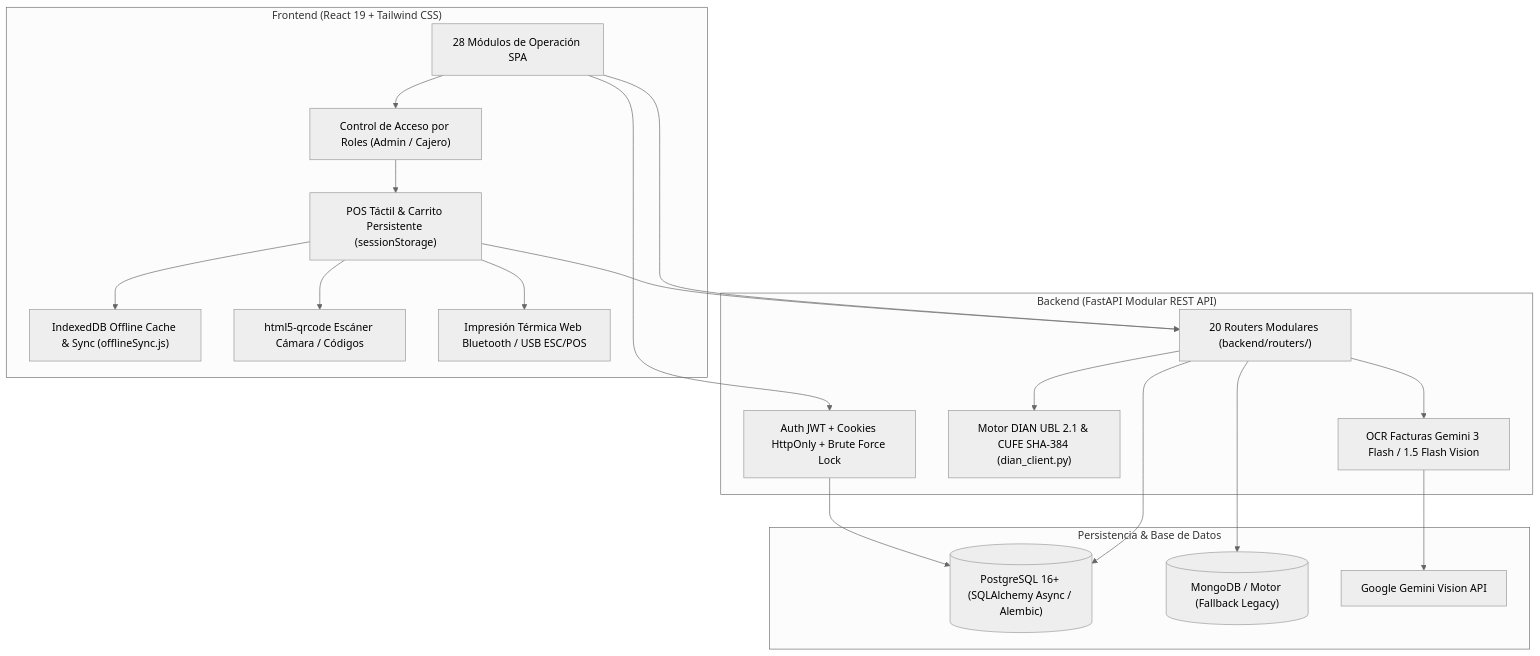
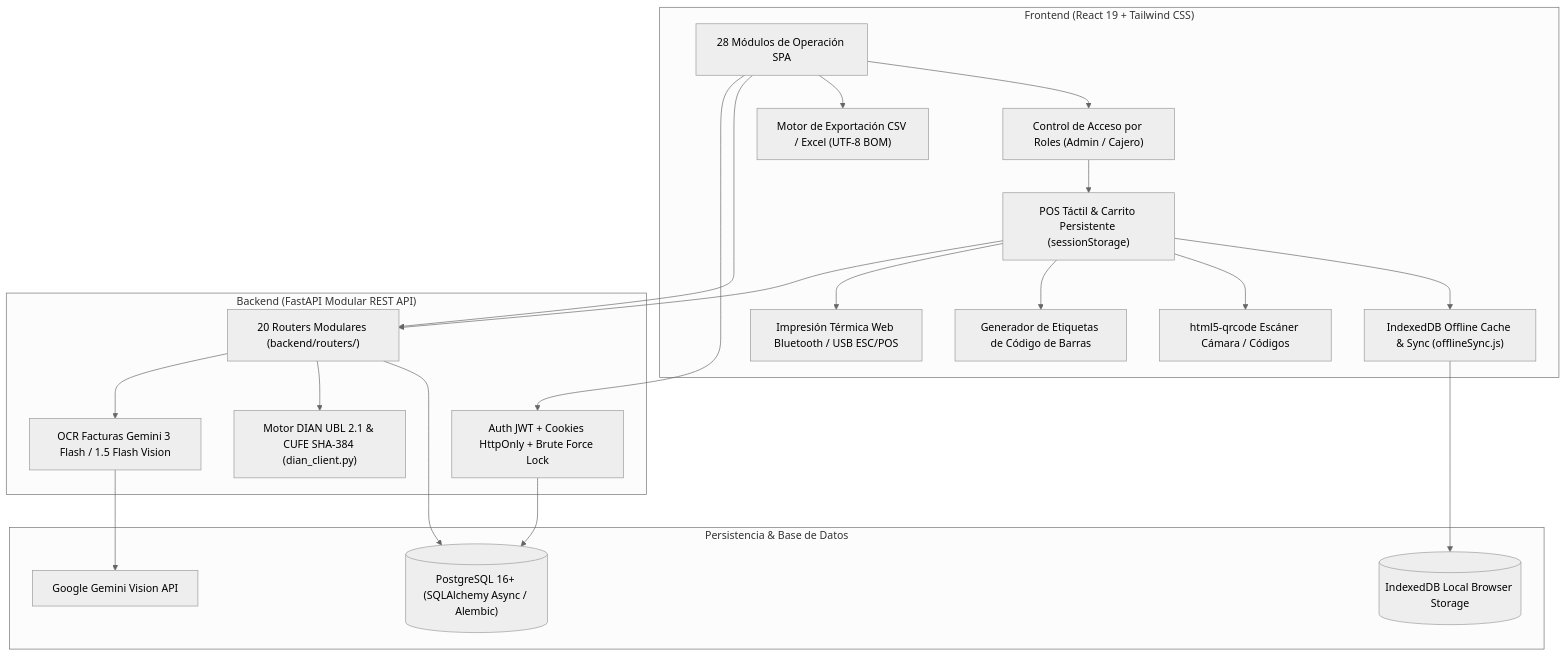
One commit to camilolealdev/Jrpos changed the diagram in docs/ARCHITECTURE.md. Above: the diagram before and after it, drawn with Mermaid (neutral theme). The commit also changed other lines of this file and 1 other file, not shown here.

Commit message:
docs: update system architecture and README with v11.3 offline-first, barcode label generator, analytics and ergonomics specifications

````diff
--- a/docs/ARCHITECTURE.md
+++ b/docs/ARCHITECTURE.md
@@ -5,40 +5,44 @@
 ```mermaid
 graph TD
     subgraph Frontend ["Frontend (React 19 + Tailwind CSS)"]
         UI["28 Módulos de Operación SPA"]
         RBAC["Control de Acceso por Roles (Admin / Cajero)"]
         POS_UI["POS Táctil & Carrito Persistente (sessionStorage)"]
         OFFLINE["IndexedDB Offline Cache & Sync (offlineSync.js)"]
         CAM["html5-qrcode Escáner Cámara / Códigos"]
+        LABEL_GEN["Generador de Etiquetas de Código de Barras"]
         BT["Impresión Térmica Web Bluetooth / USB ESC/POS"]
+        EXPORT_ENGINE["Motor de Exportación CSV / Excel (UTF-8 BOM)"]
     end
 
     subgraph Backend ["Backend (FastAPI Modular REST API)"]
         AUTH["Auth JWT + Cookies HttpOnly + Brute Force Lock"]
         ROUTERS["20 Routers Modulares (backend/routers/)"]
         DIAN_ENGINE["Motor DIAN UBL 2.1 & CUFE SHA-384 (dian_client.py)"]
         OCR_ENGINE["OCR Facturas Gemini 3 Flash / 1.5 Flash Vision"]
     end
 
     subgraph Storage ["Persistencia & Base de Datos"]
         POSTGRES[("PostgreSQL 16+ (SQLAlchemy Async / Alembic)")]
-        MONGO[("MongoDB / Motor (Fallback Legacy)")]
+        INDEXED_DB[("IndexedDB Local Browser Storage")]
         GEMINI_API["Google Gemini Vision API"]
     end
 
     UI --> RBAC
     RBAC --> POS_UI
     POS_UI --> OFFLINE
+    OFFLINE --> INDEXED_DB
     POS_UI --> CAM
+    POS_UI --> LABEL_GEN
     POS_UI --> BT
+    UI --> EXPORT_ENGINE
     POS_UI --> ROUTERS
     UI --> ROUTERS
     UI --> AUTH
 
     AUTH --> POSTGRES
     ROUTERS --> POSTGRES
-    ROUTERS --> MONGO
     ROUTERS --> DIAN_ENGINE
     ROUTERS --> OCR_ENGINE
     OCR_ENGINE --> GEMINI_API
 ```
````
